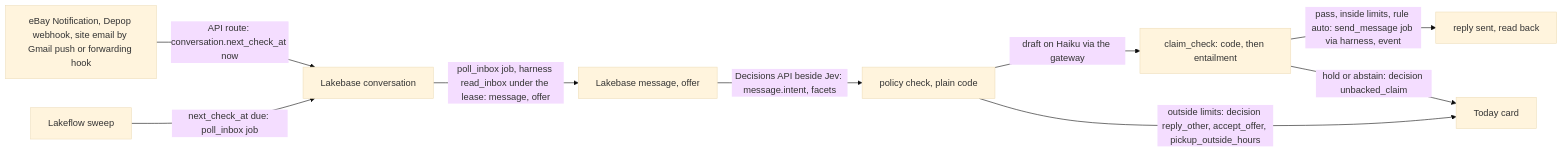
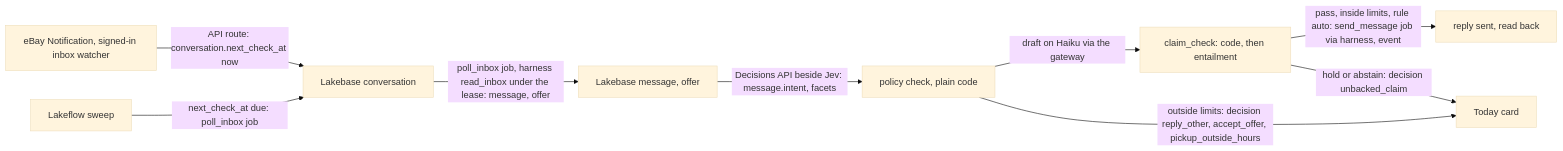
One commit to benverhaalen/secondhand changed the diagram in spec/features/messages.md. Above: the diagram before and after it, drawn with Mermaid (base theme). The commit also changed other lines of this file and 24 other files, not shown here.

````diff
--- a/spec/features/messages.md
+++ b/spec/features/messages.md
@@ -142,11 +142,11 @@
 ```mermaid
 flowchart LR
-  E["eBay Notification, Depop webhook, site email by Gmail push or forwarding hook"] -->|"API route: conversation.next_check_at now"| C["Lakebase conversation"]
+  E["eBay Notification, signed-in inbox watcher"] -->|"API route: conversation.next_check_at now"| C["Lakebase conversation"]
   S["Lakeflow sweep"] -->|"next_check_at due: poll_inbox job"| C
   C -->|"poll_inbox job, harness read_inbox under the lease: message, offer"| L["Lakebase message, offer"]
   L -->|"Decisions API beside Jev: message.intent, facets"| P["policy check, plain code"]
   P -->|"draft on Haiku via the gateway"| G["claim_check: code, then entailment"]
   G -->|"pass, inside limits, rule auto: send_message job via harness, event"| R["reply sent, read back"]
   G -->|"hold or abstain: decision unbacked_claim"| T["Today card"]
   P -->|"outside limits: decision reply_other, accept_offer, pickup_outside_hours"| T
 ```
````
